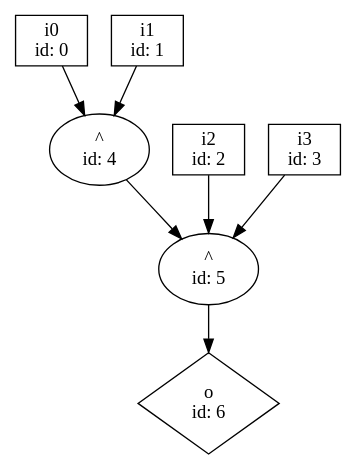
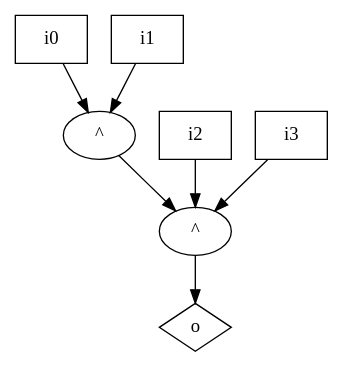
The diagram in dot_files/bool_circ/simplify/assoc_xor.dot (p9romain/bool-circuits), drawn with Graphviz before and after one commit. The commit also changed 215 other files, not shown here.

```diff
--- a/dot_files/bool_circ/simplify/assoc_xor.dot
+++ b/dot_files/bool_circ/simplify/assoc_xor.dot
@@ -1,15 +1,15 @@
 digraph G {
-n0 [label="i0\n id: 0",shape="box"];
-n1 [label="i1\n id: 1",shape="box"];
-n2 [label="i2\n id: 2",shape="box"];
-n3 [label="i3\n id: 3",shape="box"];
-n4 [label="^\n id: 4"];
-n5 [label="^\n id: 5"];
-n6 [label="o\n id: 6",shape="diamond"];
+n0 [label="i0",shape="box"];
+n1 [label="i1",shape="box"];
+n2 [label="i2",shape="box"];
+n3 [label="i3",shape="box"];
+n4 [label="^"];
+n5 [label="^"];
+n6 [label="o",shape="diamond"];
 n0 -> n4
 n1 -> n4
 n2 -> n5
 n3 -> n5
 n4 -> n5
 n5 -> n6
 }
```
